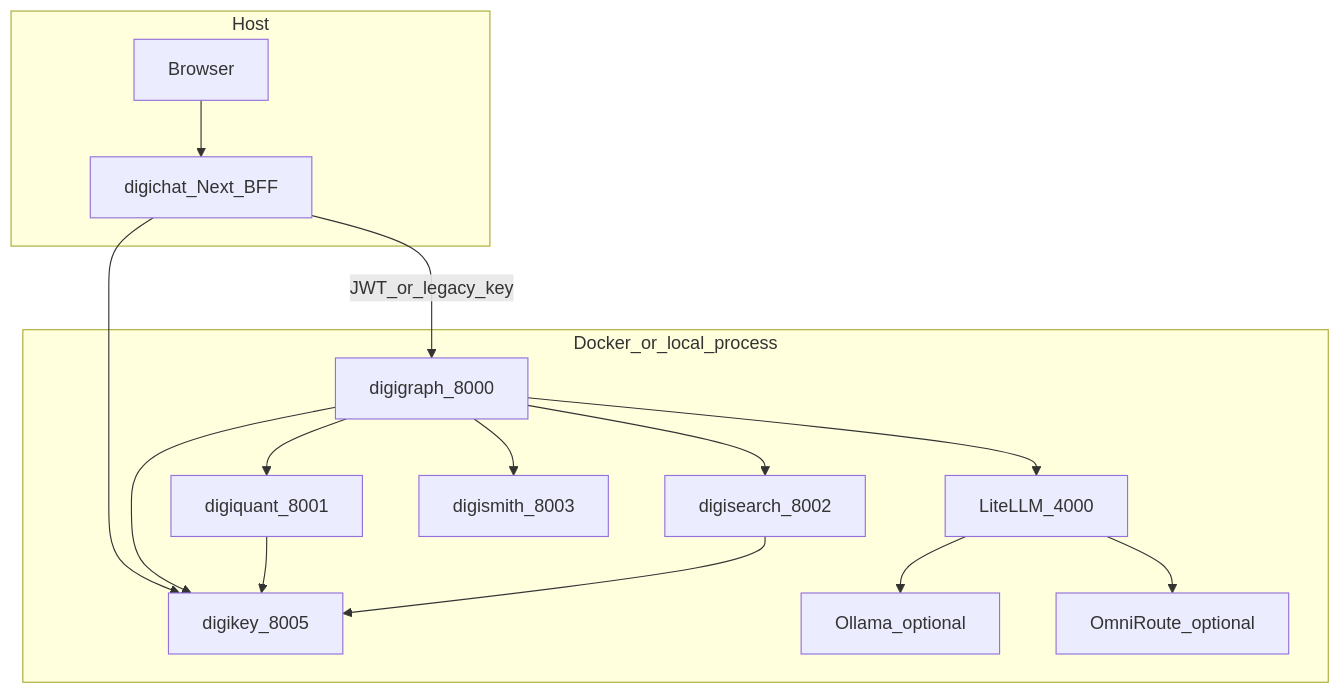
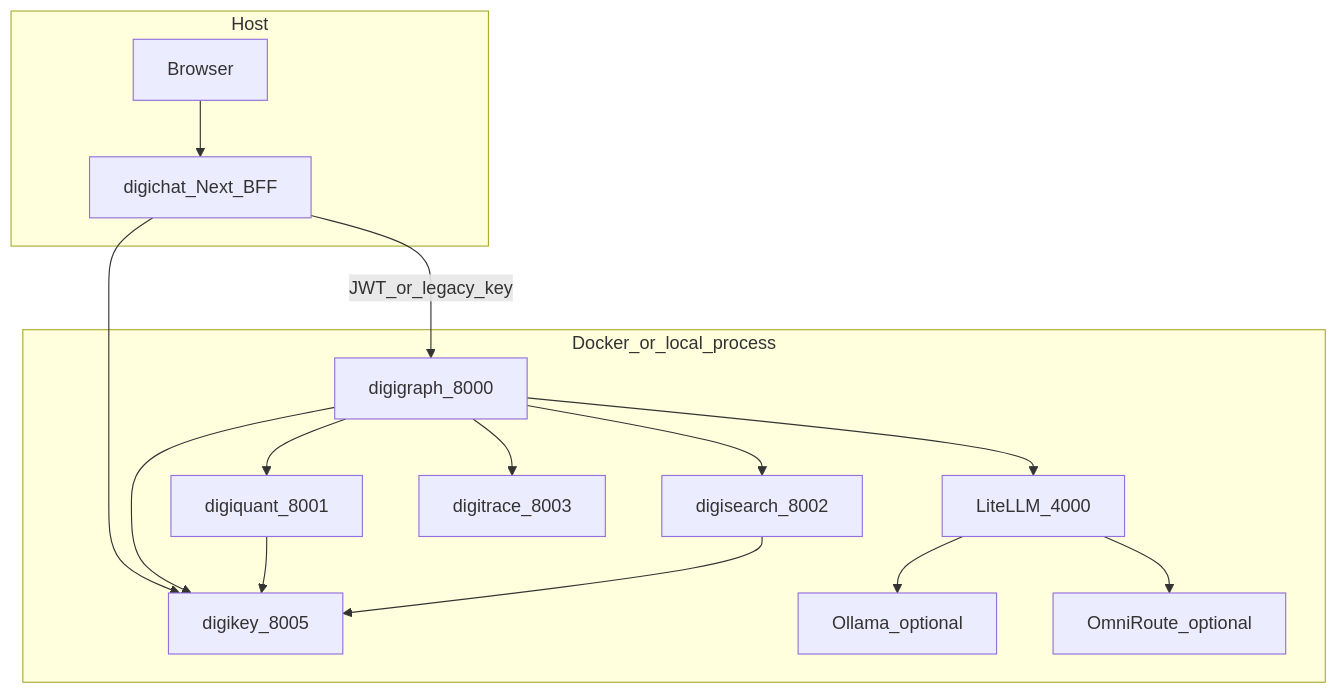
The diagram in docs/LOCAL_STACK.md (digithings-ai/digithings), drawn with Mermaid before and after one commit. The commit also changed other lines of this file and 209 other files, not shown here.

First line of the commit message:
feat(digitrace): rename digismith → digitrace (Phase 0)

````diff
--- a/docs/LOCAL_STACK.md
+++ b/docs/LOCAL_STACK.md
@@ -7,29 +7,29 @@
 ```mermaid
 flowchart TB
   subgraph host [Host]
     Browser[Browser]
     Next[digichat_Next_BFF]
   end
   subgraph stack [Docker_or_local_process]
     DK[digikey_8005]
     LM[LiteLLM_4000]
     DG[digigraph_8000]
     DQ[digiquant_8001]
     DS[digisearch_8002]
-    SM[digismith_8003]
+    SM[digitrace_8003]
     Oll[Ollama_optional]
     Omni[OmniRoute_optional]
   end
   Browser --> Next
   Next -->|"JWT_or_legacy_key"| DG
   Next --> DK
   DG --> LM
   DG --> DQ
   DG --> DS
   DG --> SM
   LM --> Oll
   LM --> Omni
   DG --> DK
   DQ --> DK
   DS --> DK
 ```
````
